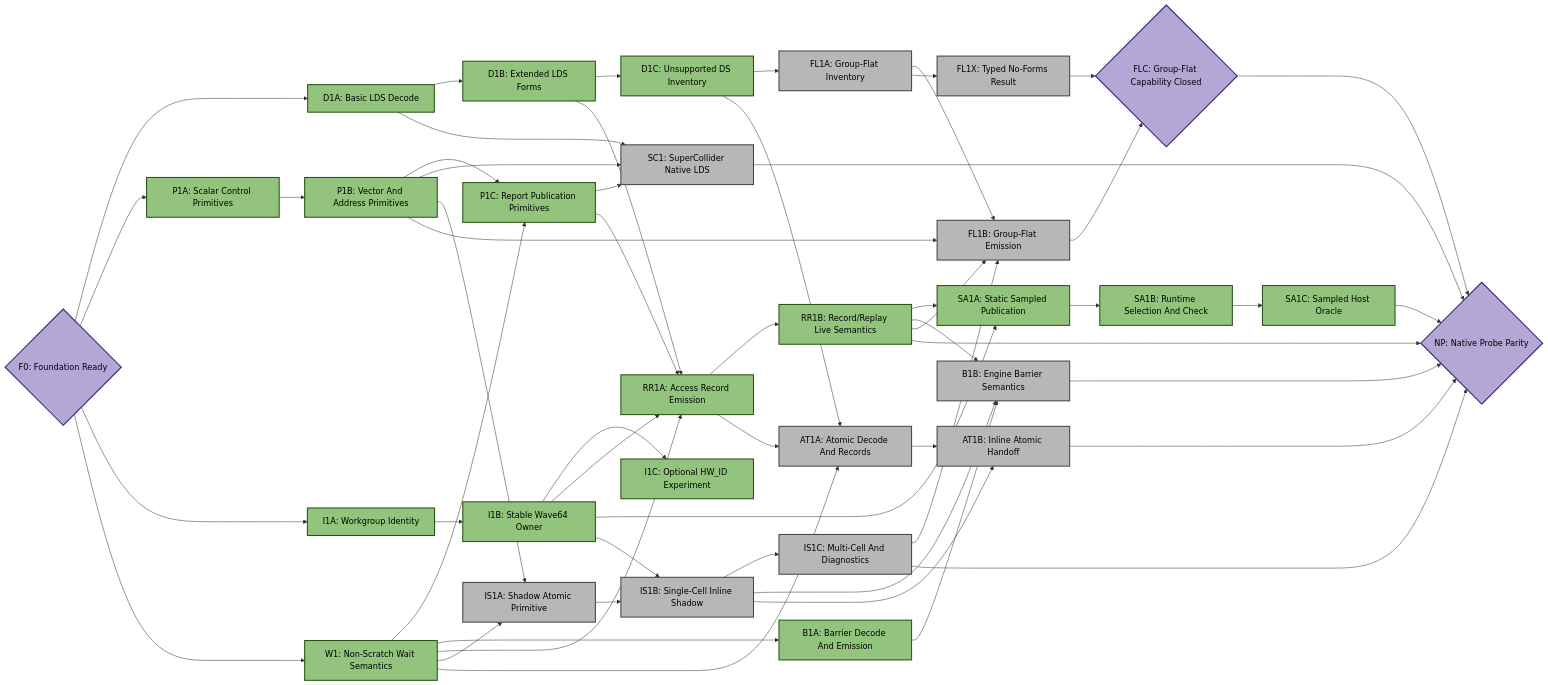
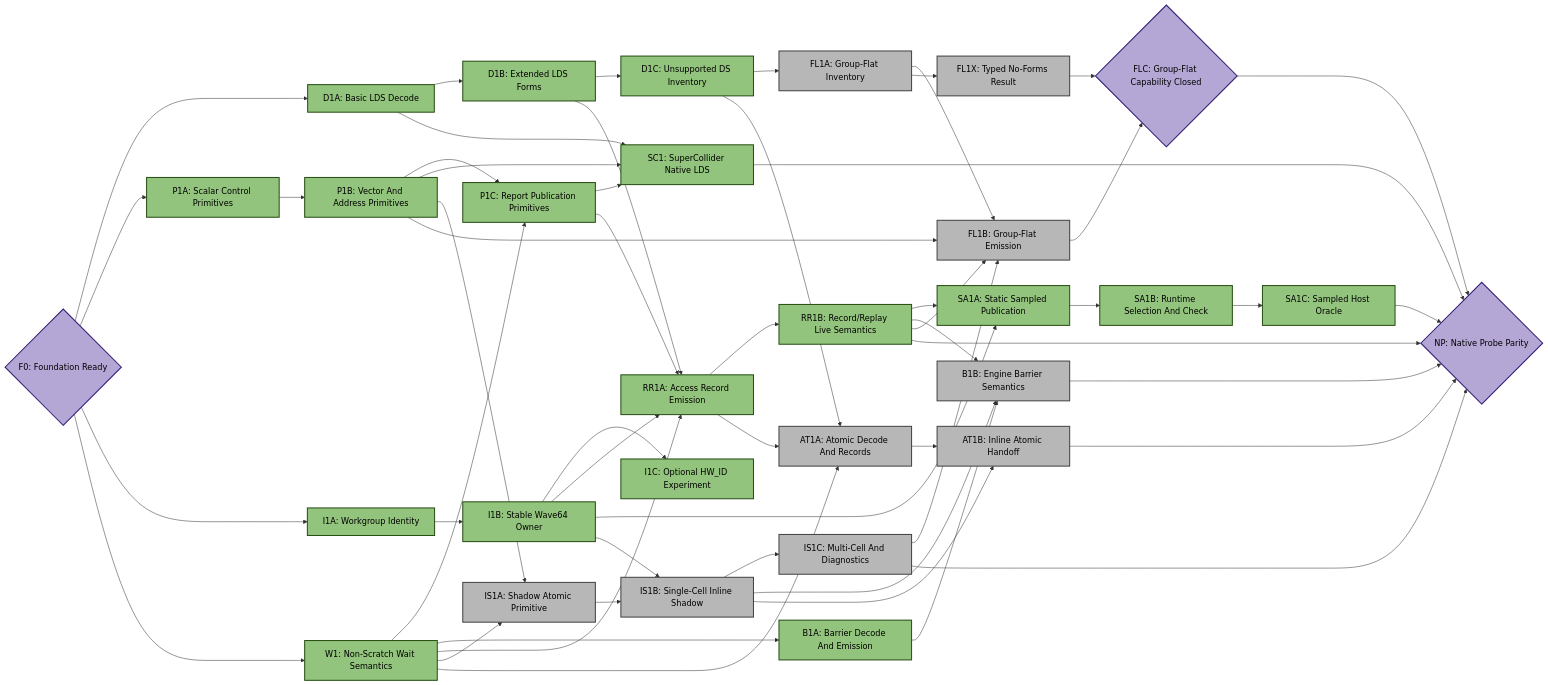
Before and after one commit to ROCm/rocm-systems: the fourth of 5 diagrams in emulation/rocjitsu/docs/consan/PLAN_GFX950.md, drawn with Mermaid. The commit also changed other lines of this file and 4 other files, not shown here.

Commit message:
rocjitsu: enable native gfx950 SuperCollider LDS checks

```diff
--- a/emulation/rocjitsu/docs/consan/PLAN_GFX950.md
+++ b/emulation/rocjitsu/docs/consan/PLAN_GFX950.md
@@ -344,7 +350,7 @@
   W1["W1: Non-Scratch Wait Semantics"]:::done
   B1A["B1A: Barrier Decode And Emission"]:::done
   B1B["B1B: Engine Barrier Semantics"]:::todo
-  SC1["SC1: SuperCollider Native LDS"]:::todo
+  SC1["SC1: SuperCollider Native LDS"]:::done
   RR1A["RR1A: Access Record Emission"]:::done
   RR1B["RR1B: Record/Replay Live Semantics"]:::done
   SA1A["SA1A: Static Sampled Publication"]:::done
```
